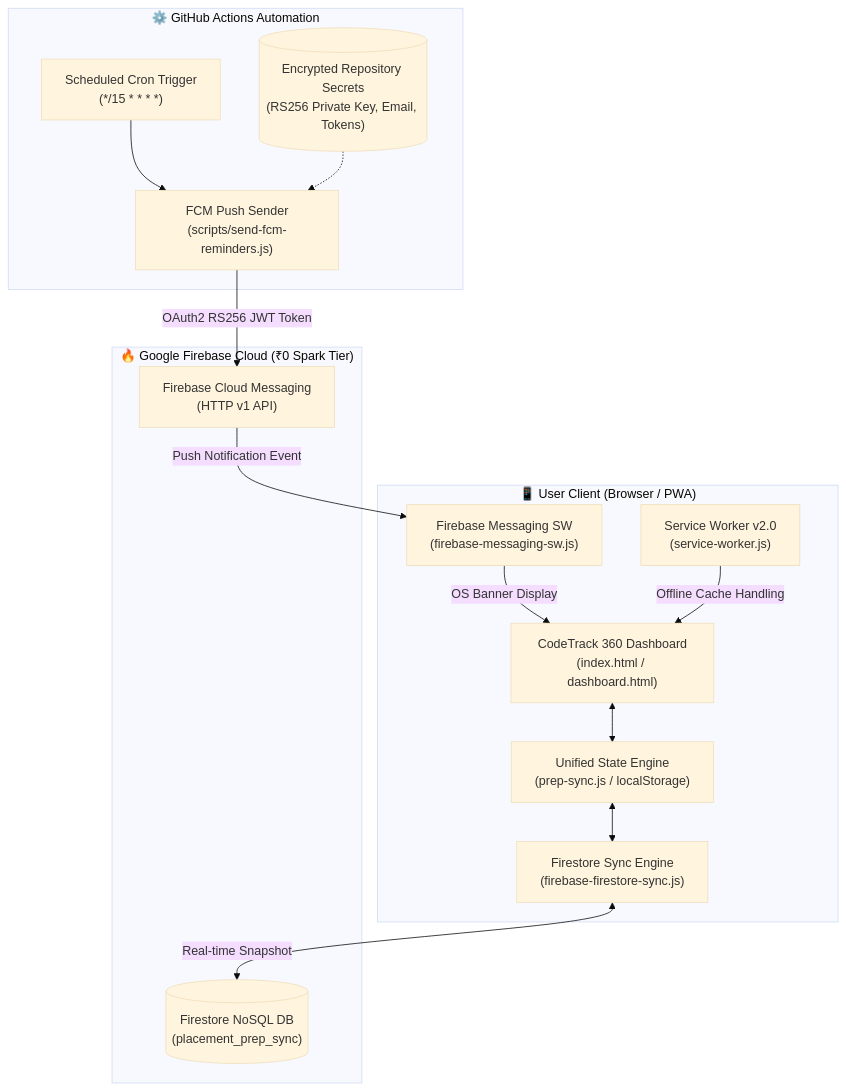
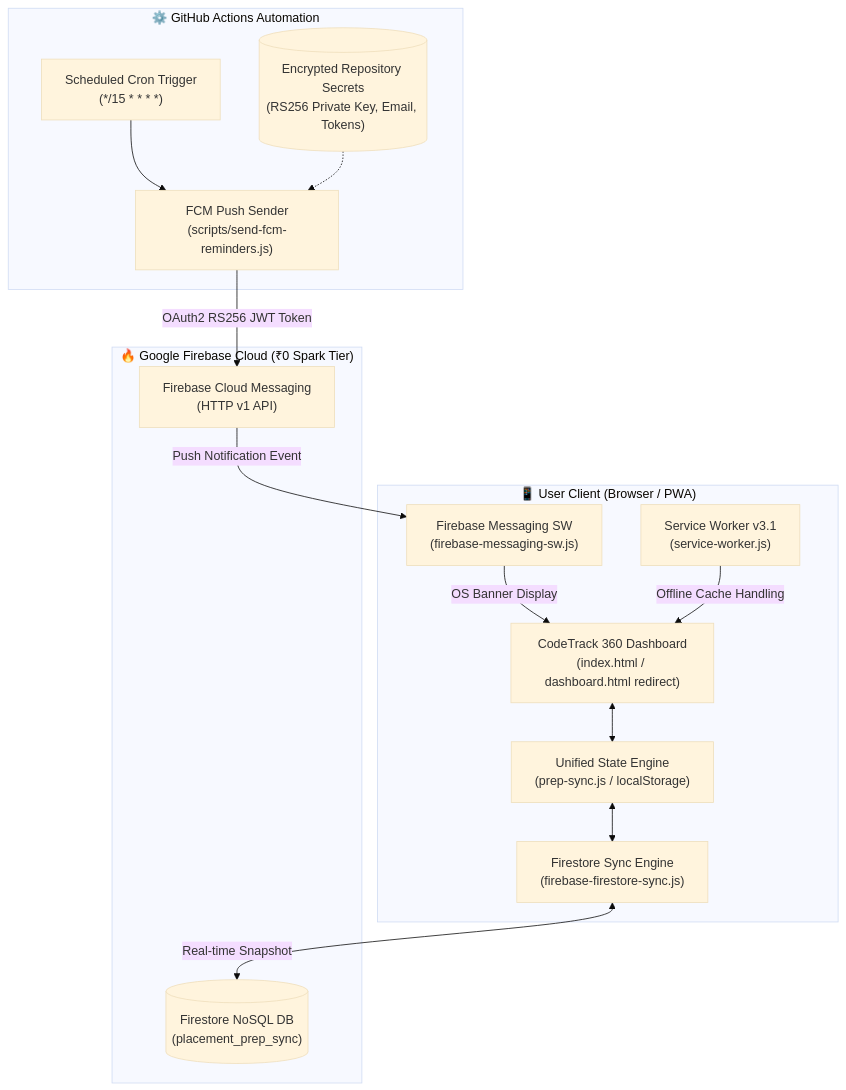
The diagram in README.md (amanjeet233/Placement-PLANNER), drawn with Mermaid (base theme) before and after one commit. The commit also changed other lines of this file and 24 other files, not shown here.

Commit message:
feat: complete roadmap week hierarchy, leetcode card layout with default arrays filter, and hardened cloud sync

````diff
--- a/README.md
+++ b/README.md
@@ -141,32 +141,32 @@
 ```mermaid
 flowchart TD
     subgraph Client["📱 User Client (Browser / PWA)"]
-        UI["CodeTrack 360 Dashboard\n(index.html / dashboard.html)"]
+        UI["CodeTrack 360 Dashboard\n(index.html / dashboard.html redirect)"]
         State["Unified State Engine\n(prep-sync.js / localStorage)"]
-        SW["Service Worker v2.0\n(service-worker.js)"]
+        SW["Service Worker v3.1\n(service-worker.js)"]
         FCM_SW["Firebase Messaging SW\n(firebase-messaging-sw.js)"]
         CloudClient["Firestore Sync Engine\n(firebase-firestore-sync.js)"]
     end
 
     subgraph Firebase["🔥 Google Firebase Cloud (₹0 Spark Tier)"]
         Firestore[("Firestore NoSQL DB\n(placement_prep_sync)")]
         FCM["Firebase Cloud Messaging\n(HTTP v1 API)"]
     end
 
     subgraph GitHub["⚙️ GitHub Actions Automation"]
         Cron["Scheduled Cron Trigger\n(*/15 * * * *)"]
         Sender["FCM Push Sender\n(scripts/send-fcm-reminders.js)"]
         Secrets[("Encrypted Repository Secrets\n(RS256 Private Key, Email, Tokens)")]
     end
 
     UI <--> State
     State <--> CloudClient
     CloudClient <-->|Real-time Snapshot| Firestore
 
     Cron --> Sender
     Secrets -.-> Sender
     Sender -->|OAuth2 RS256 JWT Token| FCM
     FCM -->|Push Notification Event| FCM_SW
     FCM_SW -->|OS Banner Display| UI
     SW -->|Offline Cache Handling| UI
 ```
````
